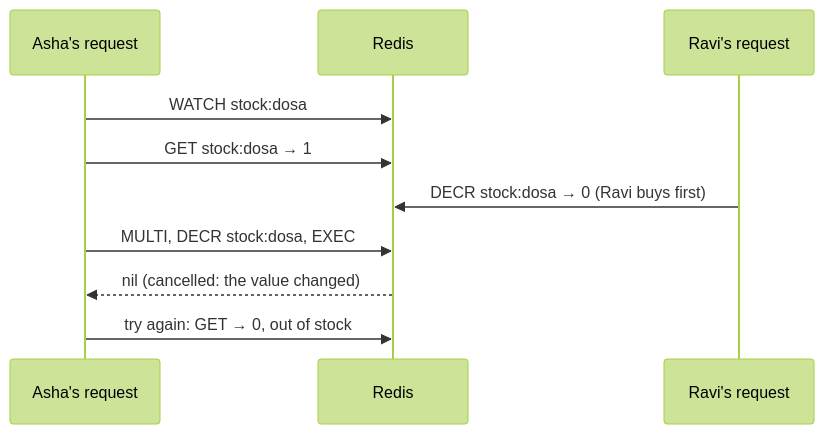
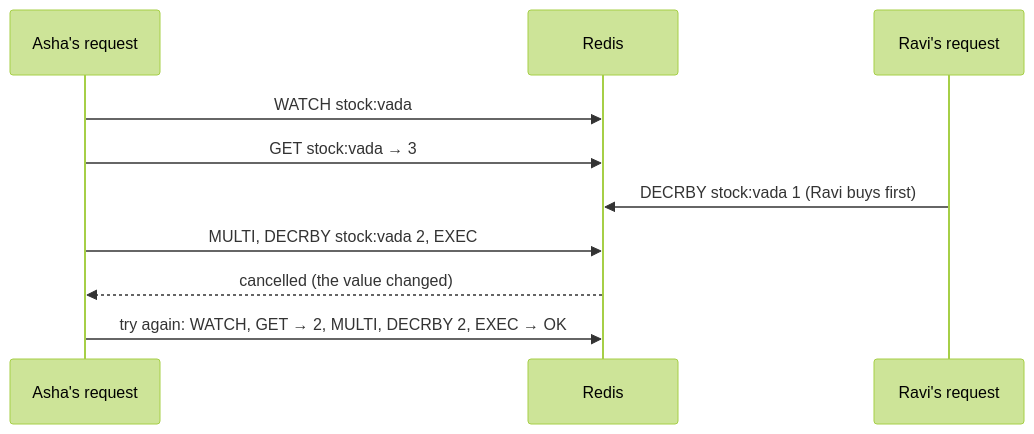
Diagram 13 of 31 in redis.md (selvakumarperumal/Regulatory_Circular_Impact_Agent), drawn with Mermaid (forest theme) before and after one commit. The commit also changed other lines of this file, not shown here.

````diff
--- a/redis.md
+++ b/redis.md
@@ -1267,12 +1617,12 @@
 ```mermaid
 sequenceDiagram
     participant A as Asha's request
     participant R as Redis
     participant B as Ravi's request
-    A->>R: WATCH stock:dosa
-    A->>R: GET stock:dosa → 1
-    B->>R: DECR stock:dosa → 0 (Ravi buys first)
-    A->>R: MULTI, DECR stock:dosa, EXEC
-    R-->>A: nil (cancelled: the value changed)
-    A->>R: try again: GET → 0, out of stock
+    A->>R: WATCH stock:vada
+    A->>R: GET stock:vada → 3
+    B->>R: DECRBY stock:vada 1 (Ravi buys first)
+    A->>R: MULTI, DECRBY stock:vada 2, EXEC
+    R-->>A: cancelled (the value changed)
+    A->>R: try again: WATCH, GET → 2, MULTI, DECRBY 2, EXEC → OK
 ```
````
